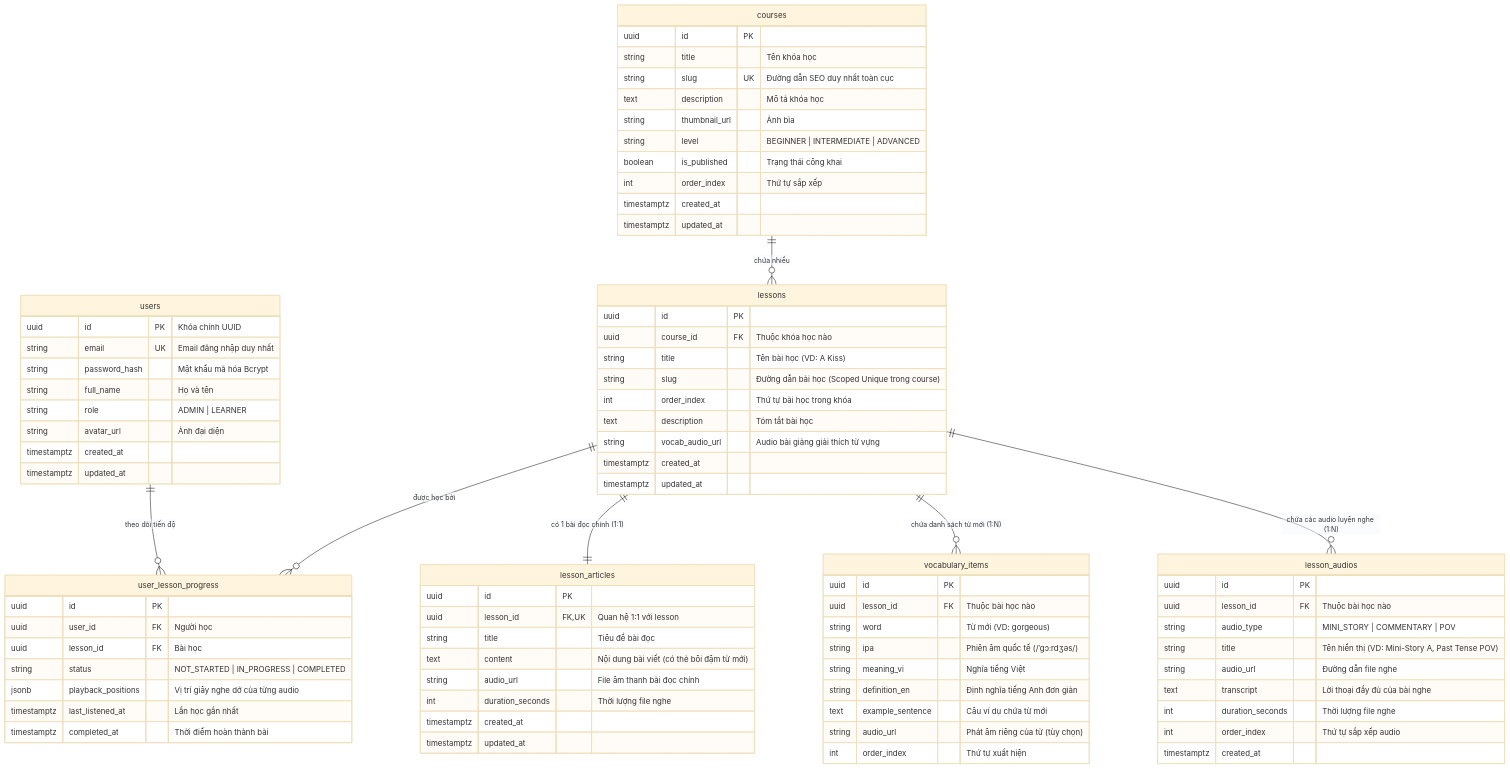
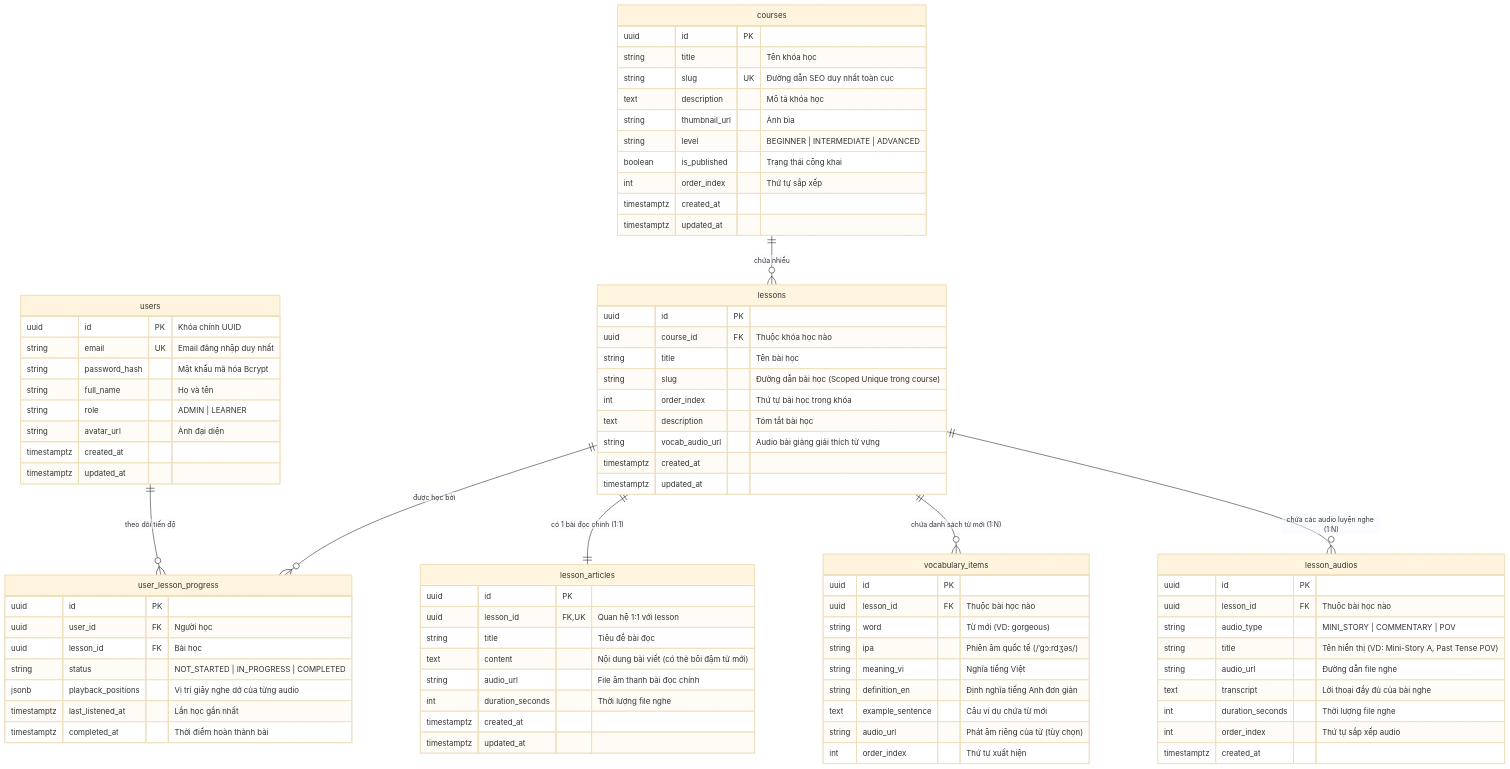
The diagram in docs/architecture/03-database-erd.md (canhhung1-storage/speak-up), drawn with Mermaid (base theme) before and after one commit. The commit also changed other lines of this file, not shown here.

```diff
--- a/docs/architecture/03-database-erd.md
+++ b/docs/architecture/03-database-erd.md
@@ -43,7 +43,7 @@
     lessons {
         uuid id PK
         uuid course_id FK "Thuộc khóa học nào"
-        string title "Tên bài học (VD: A Kiss)"
+        string title "Tên bài học"
         string slug "Đường dẫn bài học (Scoped Unique trong course)"
         int order_index "Thứ tự bài học trong khóa"
         text description "Tóm tắt bài học"
```
